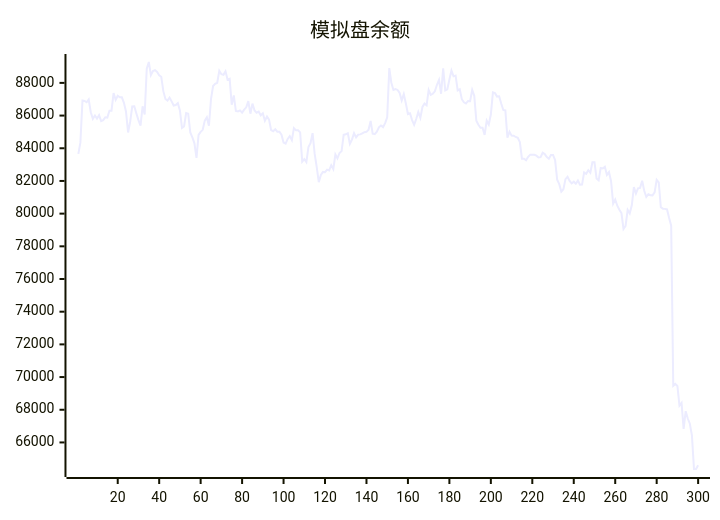
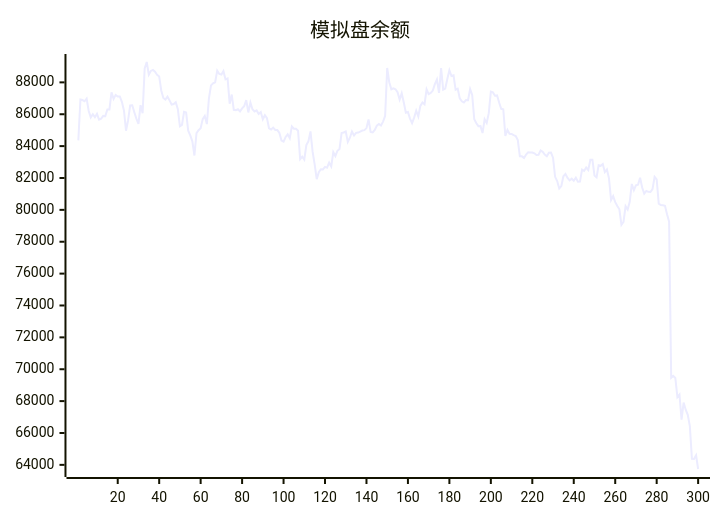
One commit to aahl/ai-trading changed the diagram in README.md. Above: the diagram before and after it, drawn with Mermaid. The commit also changed other lines of this file and 1 other file, not shown here.

````diff
--- a/README.md
+++ b/README.md
@@ -5,5 +5,5 @@
 ```mermaid
 xychart
     title "模拟盘余额"
-    line [83658,84359,86925,86892,86814,86980,86203,85802,86003,85811,86028,85657,85721,85896,85880,86300,86299,87378,86965,87214,87115,87118,86780,86238,84966,85623,86555,86562,86129,85722,85387,86569,86070,88870,89278,88477,88720,88781,88668,88467,88372,87493,87018,86917,87102,86870,86613,86644,86758,86317,85242,85334,86149,86106,84968,84671,84302,83410,84816,85001,85127,85693,85891,85384,87001,87811,87945,88007,88734,88528,88495,88705,88189,88248,86662,87234,86279,86251,86314,86177,86364,86503,86886,86114,86731,86310,86176,86240,86017,86136,85685,85938,85749,85111,85044,85164,85016,85008,84824,84354,84287,84572,84745,84500,85234,85096,85095,84970,83180,83338,83157,84070,84309,84922,83667,82850,81924,82369,82552,82539,82695,82648,82962,82728,83619,83378,83710,83825,84819,84854,84917,84265,84527,84919,84668,84834,84850,84916,84981,85004,85131,85674,84891,84864,85019,85284,85393,85294,85538,85894,88904,88012,87567,87625,87568,87386,86920,87313,86737,86094,86143,85725,85437,85787,86219,85859,86526,86740,86630,87563,87264,87335,87483,87886,88180,87335,88894,87544,87608,88207,88755,88401,88444,87543,87608,87000,86810,86740,86894,86884,87576,87209,85686,85435,85251,85255,84820,85689,85453,86066,87420,87373,87161,87178,86740,86341,86315,84643,85012,84772,84768,84690,84635,84376,83360,83357,83259,83474,83608,83606,83602,83548,83440,83454,83724,83644,83464,83365,83590,83592,83275,82072,81806,81344,81492,82109,82254,82006,81848,81955,81829,82022,81769,81776,82522,82441,82656,82498,83144,83144,82150,82038,82797,82763,82872,82367,82536,81981,80612,80862,80484,80242,80034,79063,79245,80226,80016,80507,81625,81233,81544,81578,82016,81401,81019,81186,81130,81118,81306,82066,81909,80392,80304,80291,80258,79729,79261,69466,69579,69456,68251,68415,66832,67911,67462,67144,66432,64380,64375,64606]
+    line [84359,86925,86892,86814,86980,86203,85802,86003,85811,86028,85657,85721,85896,85880,86300,86299,87378,86965,87214,87115,87118,86780,86238,84966,85623,86555,86562,86129,85722,85387,86569,86070,88870,89278,88477,88720,88781,88668,88467,88372,87493,87018,86917,87102,86870,86613,86644,86758,86317,85242,85334,86149,86106,84968,84671,84302,83410,84816,85001,85127,85693,85891,85384,87001,87811,87945,88007,88734,88528,88495,88705,88189,88248,86662,87234,86279,86251,86314,86177,86364,86503,86886,86114,86731,86310,86176,86240,86017,86136,85685,85938,85749,85111,85044,85164,85016,85008,84824,84354,84287,84572,84745,84500,85234,85096,85095,84970,83180,83338,83157,84070,84309,84922,83667,82850,81924,82369,82552,82539,82695,82648,82962,82728,83619,83378,83710,83825,84819,84854,84917,84265,84527,84919,84668,84834,84850,84916,84981,85004,85131,85674,84891,84864,85019,85284,85393,85294,85538,85894,88904,88012,87567,87625,87568,87386,86920,87313,86737,86094,86143,85725,85437,85787,86219,85859,86526,86740,86630,87563,87264,87335,87483,87886,88180,87335,88894,87544,87608,88207,88755,88401,88444,87543,87608,87000,86810,86740,86894,86884,87576,87209,85686,85435,85251,85255,84820,85689,85453,86066,87420,87373,87161,87178,86740,86341,86315,84643,85012,84772,84768,84690,84635,84376,83360,83357,83259,83474,83608,83606,83602,83548,83440,83454,83724,83644,83464,83365,83590,83592,83275,82072,81806,81344,81492,82109,82254,82006,81848,81955,81829,82022,81769,81776,82522,82441,82656,82498,83144,83144,82150,82038,82797,82763,82872,82367,82536,81981,80612,80862,80484,80242,80034,79063,79245,80226,80016,80507,81625,81233,81544,81578,82016,81401,81019,81186,81130,81118,81306,82066,81909,80392,80304,80291,80258,79729,79261,69466,69579,69456,68251,68415,66832,67911,67462,67144,66432,64380,64375,64606,63740]
 ```
````
